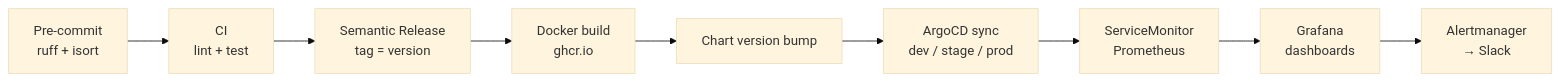
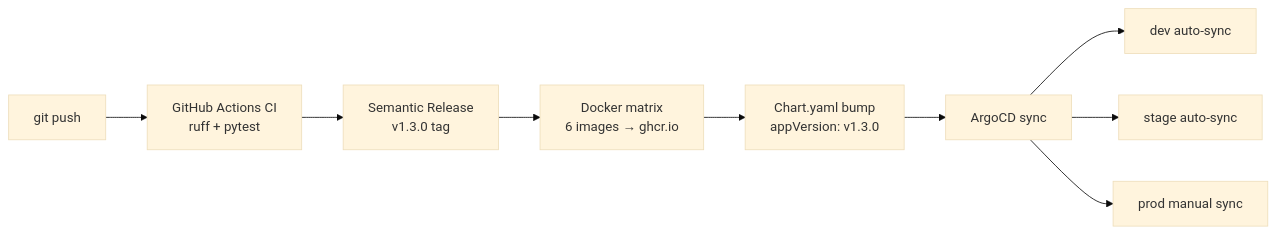
The third of 3 diagrams in README.md (gorealytics-com/parsers-exporter-service-1), drawn with Mermaid (base theme) before and after one commit. The commit also changed other lines of this file and 70 other files, not shown here.

````diff
--- a/README.md
+++ b/README.md
@@ -25,11 +111,11 @@
 ```mermaid
 graph LR
-    A["Pre-commit<br/>ruff + isort"] --> B["CI<br/>lint + test"]
-    B --> C["Semantic Release<br/>tag = version"]
-    C --> D["Docker build<br/>ghcr.io"]
-    D --> E["Chart version bump"]
-    E --> F["ArgoCD sync<br/>dev / stage / prod"]
-    F --> G["ServiceMonitor<br/>Prometheus"]
-    G --> H["Grafana<br/>dashboards"]
-    H --> I["Alertmanager<br/>→ Slack"]
+    A["git push"] --> B["GitHub Actions CI<br/>ruff + pytest"]
+    B --> C["Semantic Release<br/>v1.3.0 tag"]
+    C --> D["Docker matrix<br/>6 images → ghcr.io"]
+    D --> E["Chart.yaml bump<br/>appVersion: v1.3.0"]
+    E --> F["ArgoCD sync"]
+    F --> G1["dev auto-sync"]
+    F --> G2["stage auto-sync"]
+    F --> G3["prod manual sync"]
 ```
````
